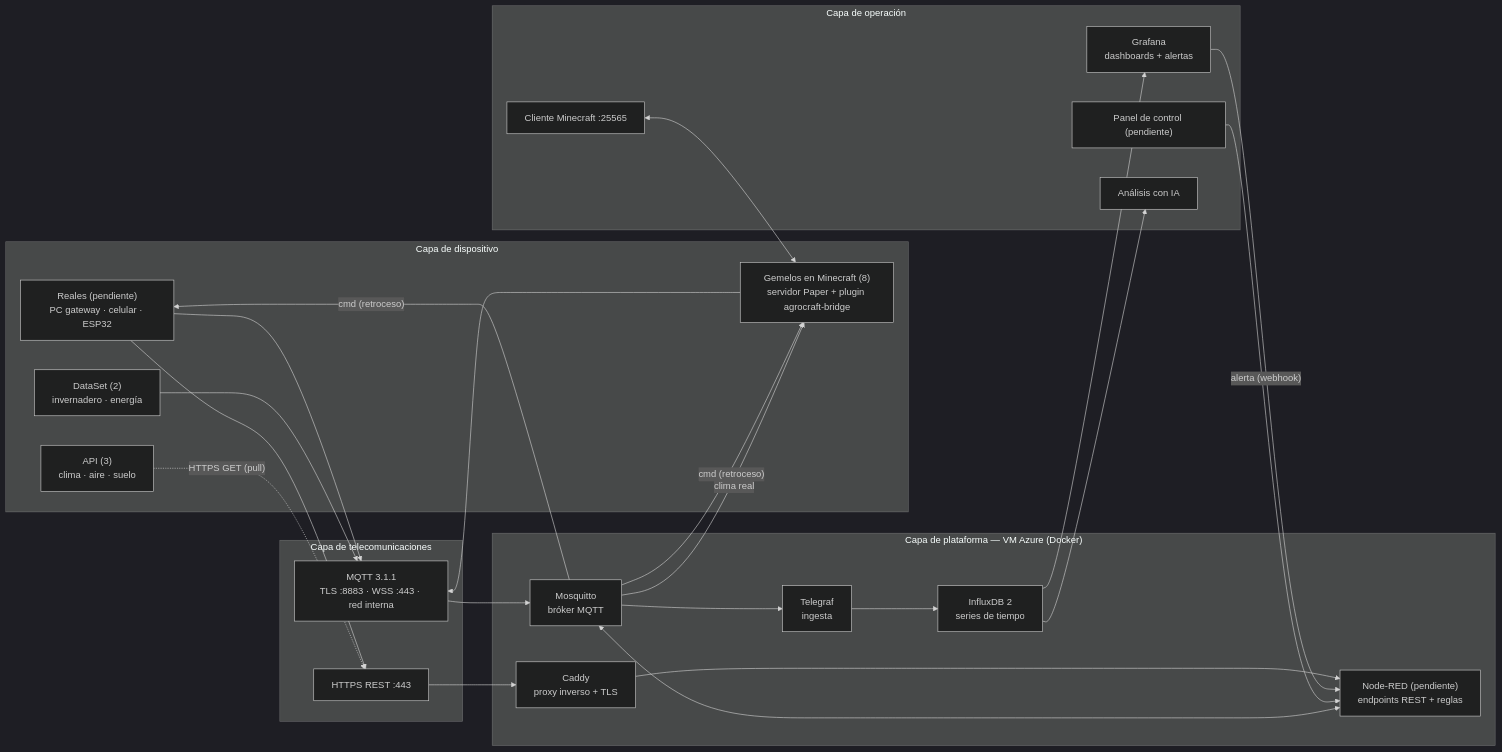
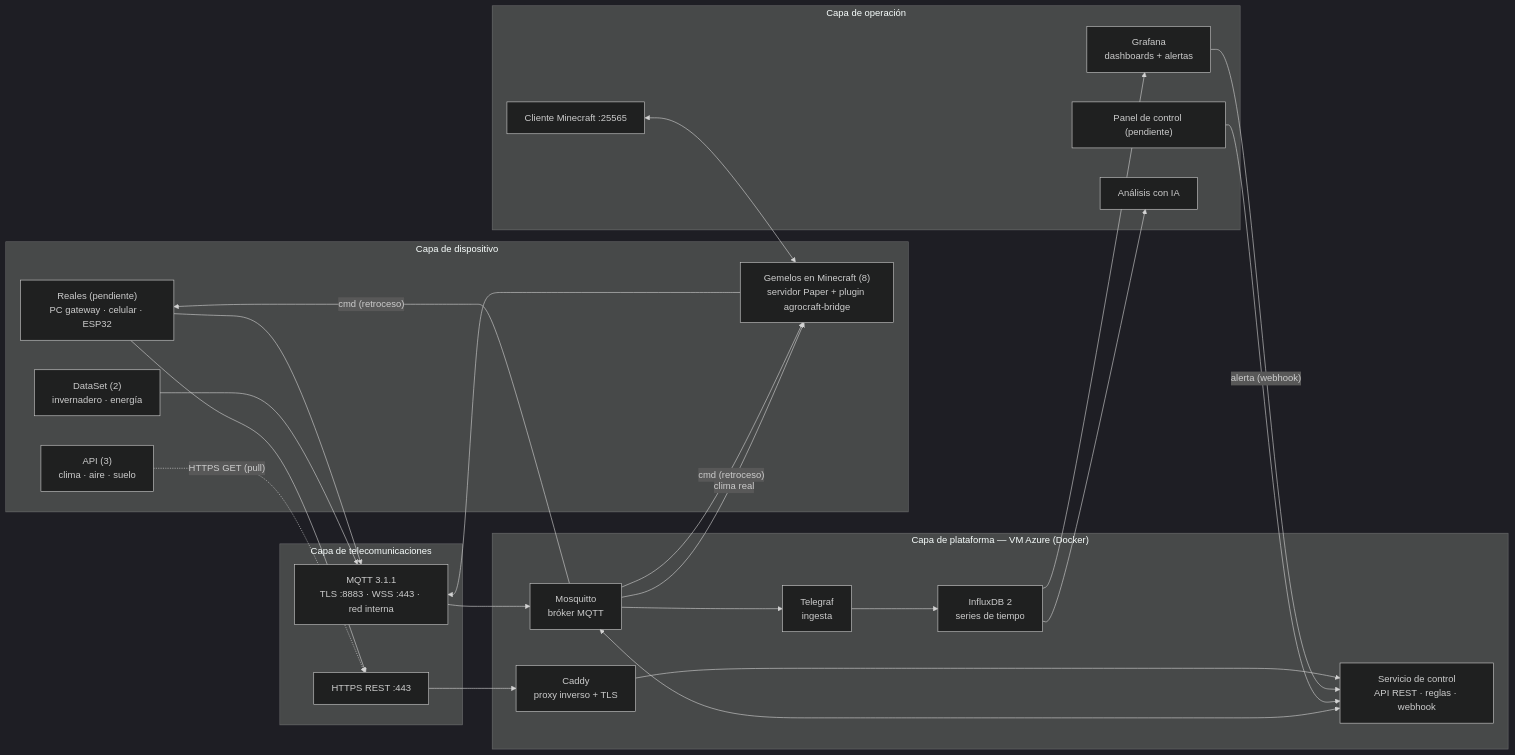
Before and after one commit to MarcozVD/agrocraft-iot: the diagram in PLAN.md, drawn with Mermaid (dark theme). The commit also changed other lines of this file and 15 other files, not shown here.

First line of the commit message:
feat: servicio de control, alertas de Grafana y panel de retroceso

````diff
--- a/PLAN.md
+++ b/PLAN.md
@@ -101,46 +107,46 @@
 ```mermaid
 flowchart LR
   subgraph DEV["Capa de dispositivo"]
     R["Reales (pendiente)<br/>PC gateway · celular · ESP32"]
     MC["Gemelos en Minecraft (8)<br/>servidor Paper + plugin agrocraft-bridge"]
     A["API (3)<br/>clima · aire · suelo"]
     S["DataSet (2)<br/>invernadero · energía"]
   end
 
   subgraph TEL["Capa de telecomunicaciones"]
     M["MQTT 3.1.1<br/>TLS :8883 · WSS :443 · red interna"]
     H["HTTPS REST :443"]
   end
 
   subgraph PLAT["Capa de plataforma — VM Azure (Docker)"]
     C["Caddy<br/>proxy inverso + TLS"]
     B["Mosquitto<br/>bróker MQTT"]
-    N["Node-RED (pendiente)<br/>endpoints REST + reglas"]
+    N["Servicio de control<br/>API REST · reglas · webhook"]
     TG["Telegraf<br/>ingesta"]
     I["InfluxDB 2<br/>series de tiempo"]
   end
 
   subgraph OPS["Capa de operación"]
     G["Grafana<br/>dashboards + alertas"]
     U["Panel de control (pendiente)"]
     J["Cliente Minecraft :25565"]
     IA["Análisis con IA"]
   end
 
   R --> M
   R --> H
   MC --> M
   S --> M
   A -. "HTTPS GET (pull)" .-> H
   M --> B
   H --> C --> N
   N <--> B
   B --> TG --> I --> G
   I --> IA
   G -- "alerta (webhook)" --> N
   U --> N
   B -- "cmd (retroceso)" --> MC
   B -- "cmd (retroceso)" --> R
   B -- "clima real" --> MC
   J <--> MC
 ```
````
